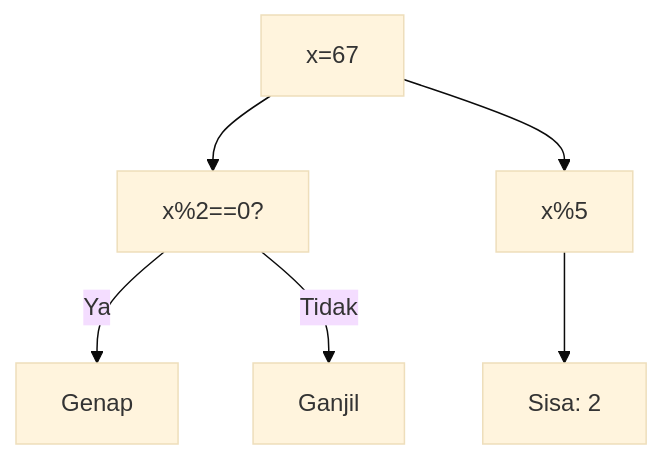
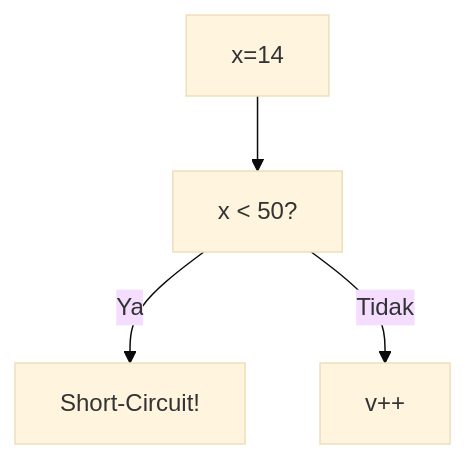
Before and after one commit to amnahwaida/OSNK_INF_PREP: the fifth of 25 diagrams in part-c-pemahaman-cpp/02-percabangan/latihan/set-01.md, drawn with Mermaid (base theme). The commit also changed other lines of this file and 71 other files, not shown here.

````diff
--- a/part-c-pemahaman-cpp/02-percabangan/latihan/set-01.md
+++ b/part-c-pemahaman-cpp/02-percabangan/latihan/set-01.md
@@ -113,8 +134,6 @@
 ```mermaid
 graph TD
-A["x=67"] --> B["x%2==0?"]
-B -- Ya --> C["Genap"]
-B -- Tidak --> D["Ganjil"]
-A --> E["x%5"]
-E --> F["Sisa: 2"]
+A["x=14"] --> B["x < 50?"]
+B -- Ya --> C["Short-Circuit!"]
+B -- Tidak --> D["v++"]
 ```
````
